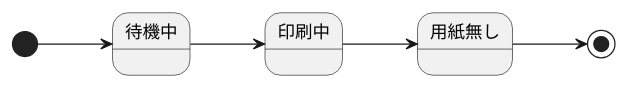
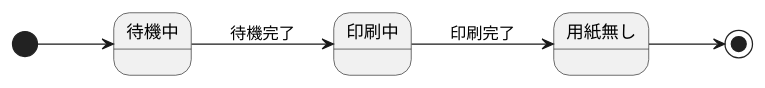
Before and after one commit to itouayumu/uml-introduction-: the diagram in 演習6-1_SD_プリンタ.pu, drawn with PlantUML. The commit also changed 1 other file, not shown here.

```diff
--- a/演習6-1_SD_プリンタ.pu
+++ b/演習6-1_SD_プリンタ.pu
@@ -1,7 +1,7 @@
 @startuml 
 left to right direction
 [*] --> 待機中
-待機中--> 印刷中
-印刷中--> 用紙無し
+待機中--> 印刷中: 待機完了
+印刷中--> 用紙無し: 印刷完了
 用紙無し--> [*] 
 @enduml
```
